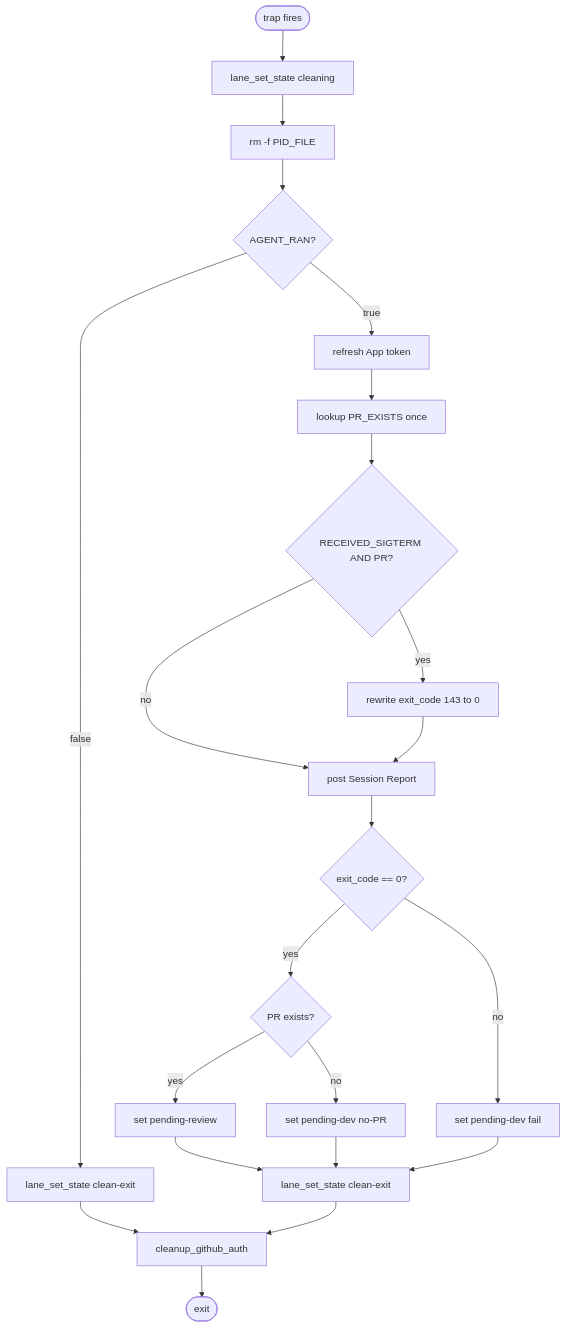
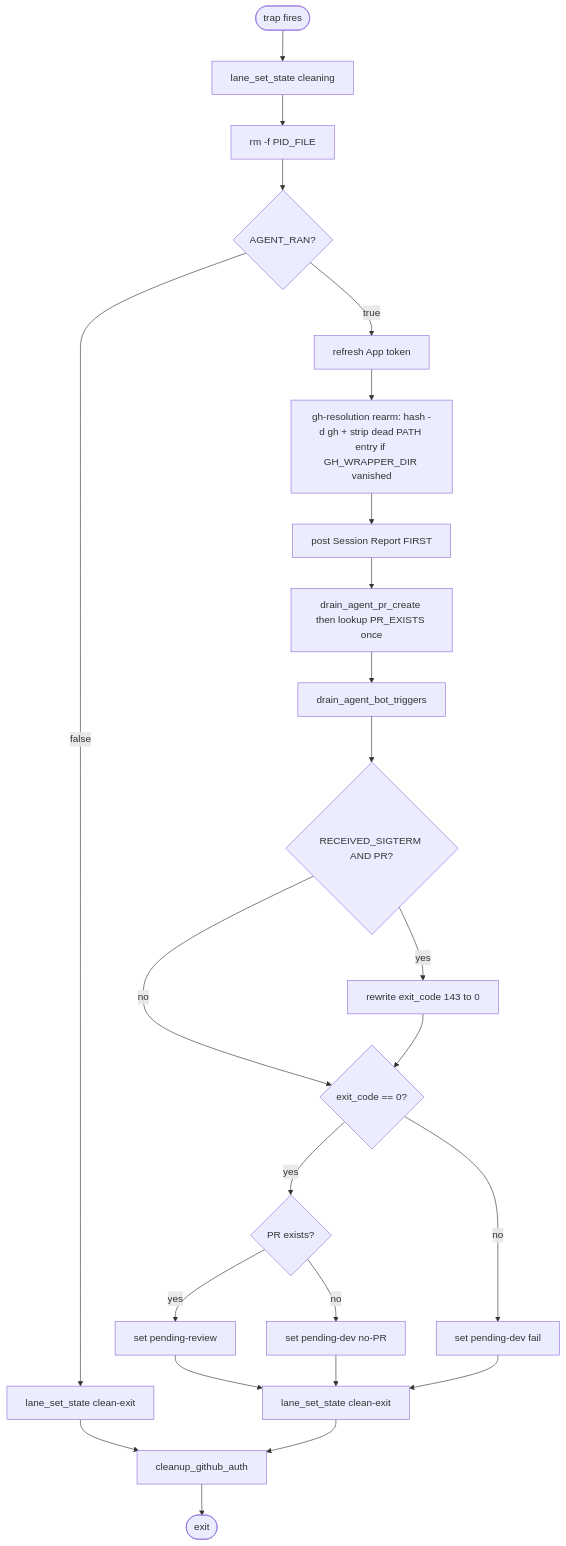
The second of 2 diagrams in docs/pipeline/dev-agent-flow.md (zxkane/autonomous-dev-team), drawn with Mermaid before and after one commit. The commit also changed other lines of this file and 14 other files, not shown here.

````diff
--- a/docs/pipeline/dev-agent-flow.md
+++ b/docs/pipeline/dev-agent-flow.md
@@ -277,28 +277,30 @@
 ```mermaid
 flowchart TD
     enter([trap fires]) --> lane_cleaning[lane_set_state cleaning]
     lane_cleaning --> rm_pid[rm -f PID_FILE]
     rm_pid --> ran{AGENT_RAN?}
     ran -- false --> lane_clean1[lane_set_state clean-exit]
     lane_clean1 --> auth_done[cleanup_github_auth]
     auth_done --> done([exit])
 
     ran -- true --> refresh[refresh App token]
-    refresh --> pr_lookup[lookup PR_EXISTS once]
-    pr_lookup --> sigterm_check{RECEIVED_SIGTERM AND PR?}
+    refresh --> gh_rearm[gh-resolution rearm: hash -d gh + strip dead PATH entry if GH_WRAPPER_DIR vanished]
+    gh_rearm --> session_report[post Session Report FIRST]
+    session_report --> pr_lookup[drain_agent_pr_create then lookup PR_EXISTS once]
+    pr_lookup --> bot_broker[drain_agent_bot_triggers]
+    bot_broker --> sigterm_check{RECEIVED_SIGTERM AND PR?}
     sigterm_check -- yes --> rewrite[rewrite exit_code 143 to 0]
-    sigterm_check -- no --> session_report
-    rewrite --> session_report[post Session Report]
-    session_report --> exit_branch{exit_code == 0?}
+    sigterm_check -- no --> exit_branch
+    rewrite --> exit_branch{exit_code == 0?}
 
     exit_branch -- yes --> pr_check{PR exists?}
     pr_check -- yes --> to_review[set pending-review]
     pr_check -- no --> to_dev_no_pr[set pending-dev no-PR]
 
     exit_branch -- no --> to_dev_fail[set pending-dev fail]
 
     to_review --> lane_clean2[lane_set_state clean-exit]
     to_dev_no_pr --> lane_clean2
     to_dev_fail --> lane_clean2
     lane_clean2 --> auth_done
 ```
````
